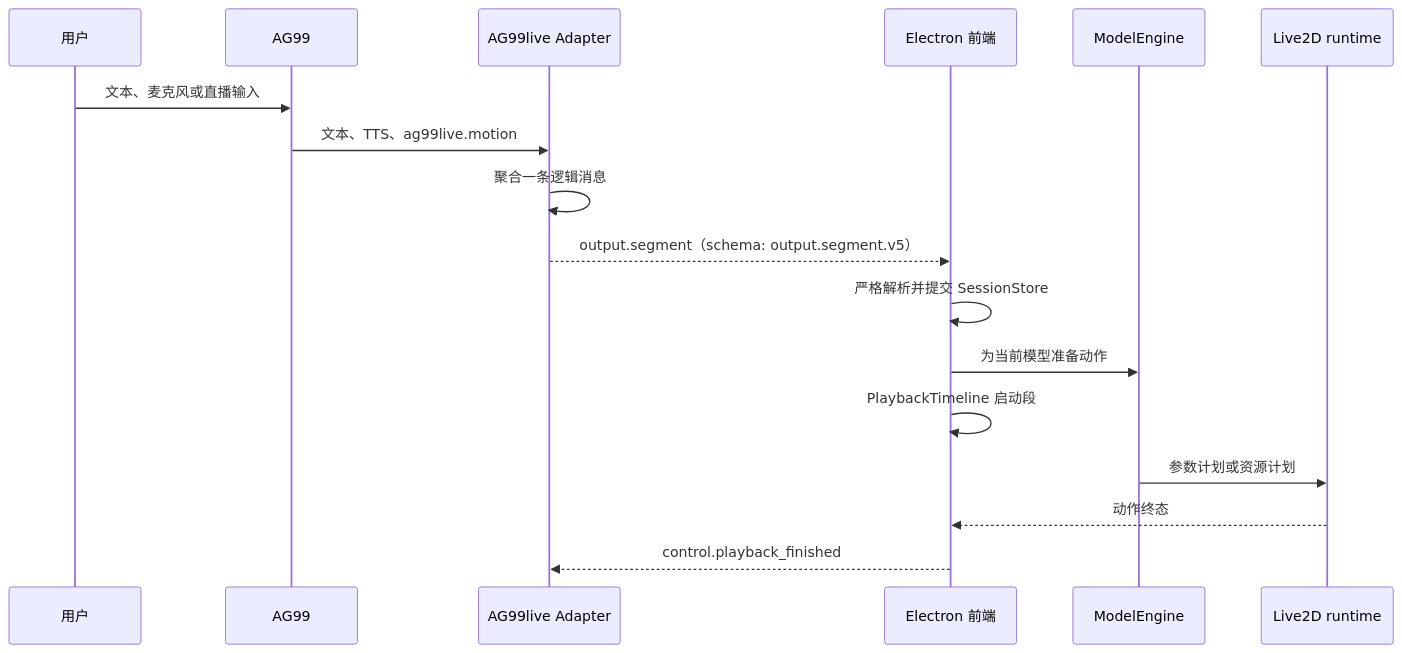
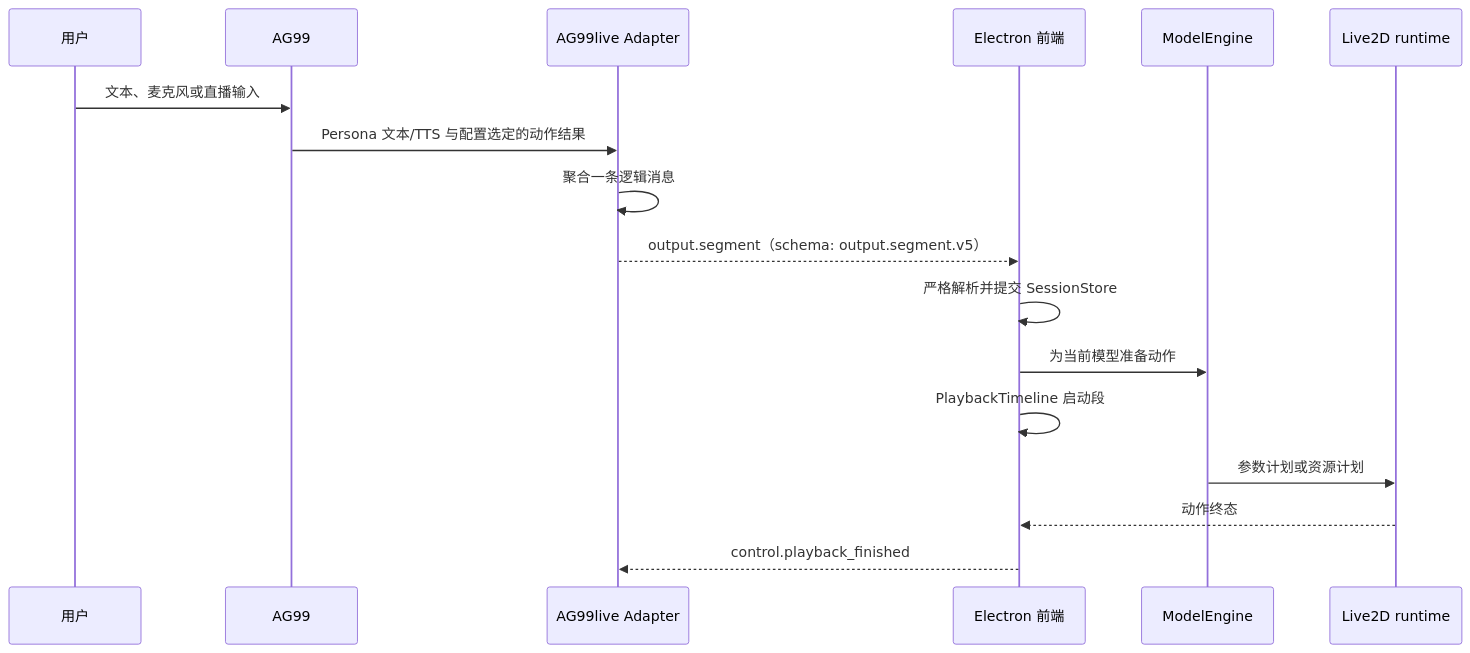
One commit to murphys7017/AG99live changed the diagram in docs/01-架构与结构/03-前后端动作链路结构.md. Above: the diagram before and after it, drawn with Mermaid. The commit also changed other lines of this file and 20 other files, not shown here.

````diff
--- a/docs/01-架构与结构/03-前后端动作链路结构.md
+++ b/docs/01-架构与结构/03-前后端动作链路结构.md
@@ -5,20 +5,20 @@
 ```mermaid
 sequenceDiagram
     participant U as 用户
     participant A as AG99
     participant P as AG99live Adapter
     participant F as Electron 前端
     participant M as ModelEngine
     participant L as Live2D runtime
 
     U->>A: 文本、麦克风或直播输入
-    A->>P: 文本、TTS、ag99live.motion
+    A->>P: Persona 文本/TTS 与配置选定的动作结果
     P->>P: 聚合一条逻辑消息
     P-->>F: output.segment（schema: output.segment.v5）
     F->>F: 严格解析并提交 SessionStore
     F->>M: 为当前模型准备动作
     F->>F: PlaybackTimeline 启动段
     M->>L: 参数计划或资源计划
     L-->>F: 动作终态
     F-->>P: control.playback_finished
 ```
````
